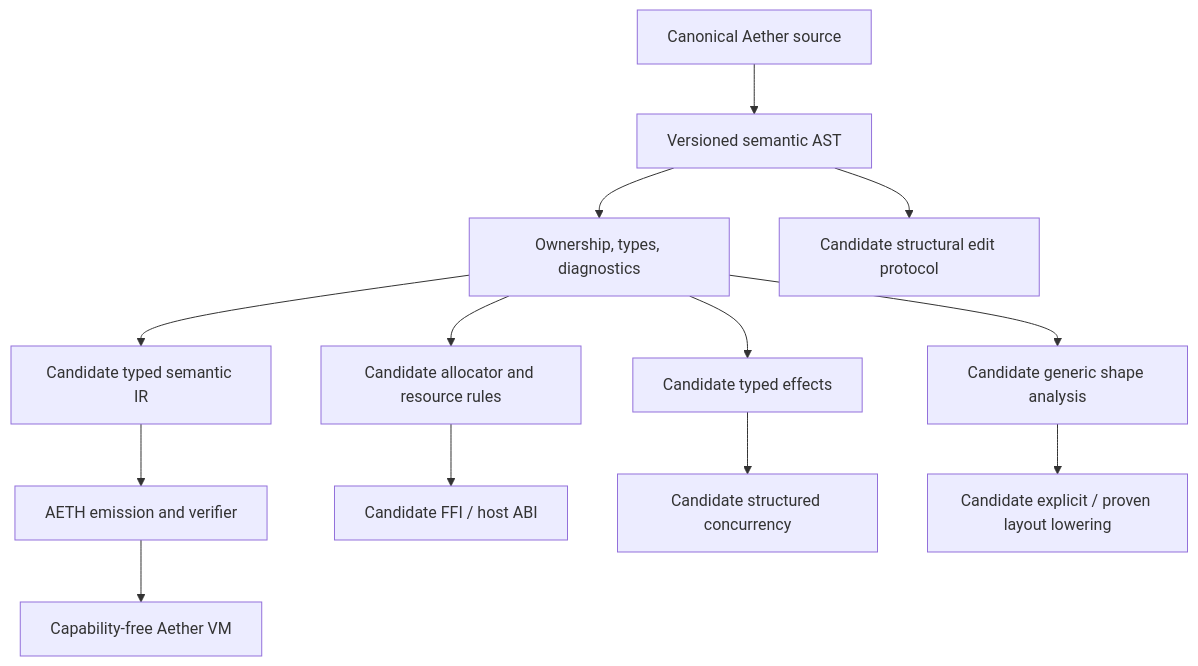
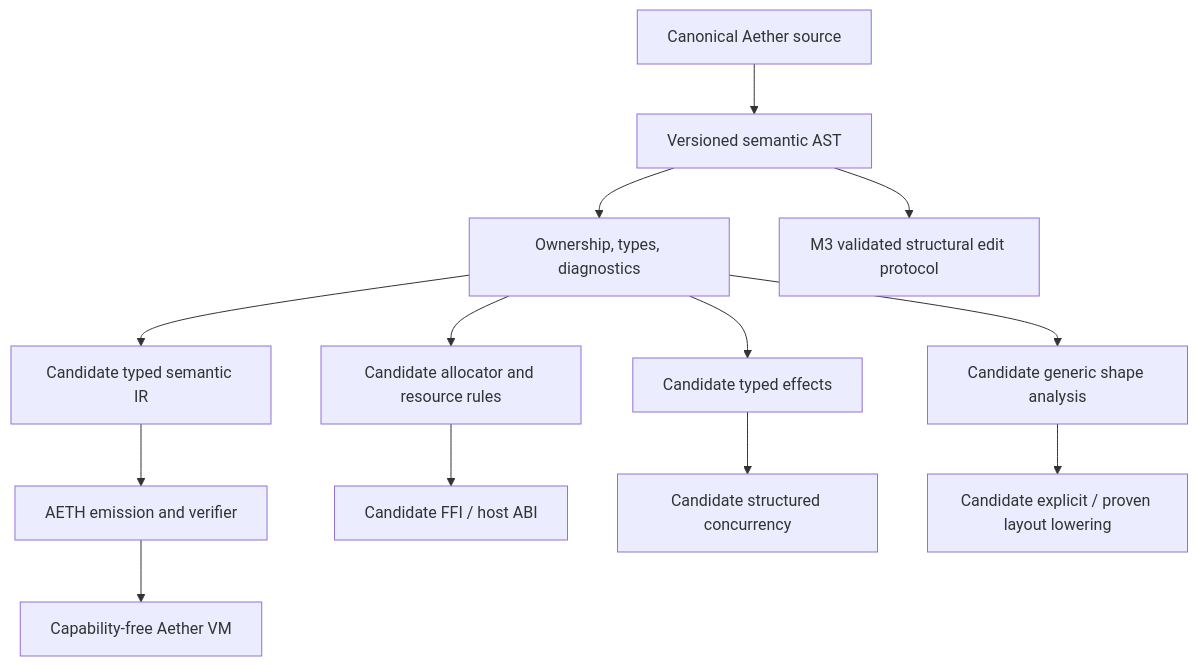
One commit to MrWizard94-Compile/XLang changed the diagram in docs/research/02-component-decomposition.md. Above: the diagram before and after it, drawn with Mermaid. The commit also changed other lines of this file and 27 other files, not shown here.

```diff
--- a/docs/research/02-component-decomposition.md
+++ b/docs/research/02-component-decomposition.md
@@ -48,16 +48,16 @@
 ~~~mermaid
 flowchart TD
     Source["Canonical Aether source"] --> Ast["Versioned semantic AST"]
     Ast --> Semantics["Ownership, types, diagnostics"]
     Semantics --> Ir["Candidate typed semantic IR"]
     Ir --> Aeth["AETH emission and verifier"]
     Aeth --> Vm["Capability-free Aether VM"]
 
-    Ast --> Ai["Candidate structural edit protocol"]
+    Ast --> Ai["M3 validated structural edit protocol"]
     Semantics --> Resources["Candidate allocator and resource rules"]
     Resources --> Abi["Candidate FFI / host ABI"]
     Semantics --> Effects["Candidate typed effects"]
     Effects --> Tasks["Candidate structured concurrency"]
     Semantics --> Shapes["Candidate generic shape analysis"]
     Shapes --> Layout["Candidate explicit / proven layout lowering"]
 ~~~
```
